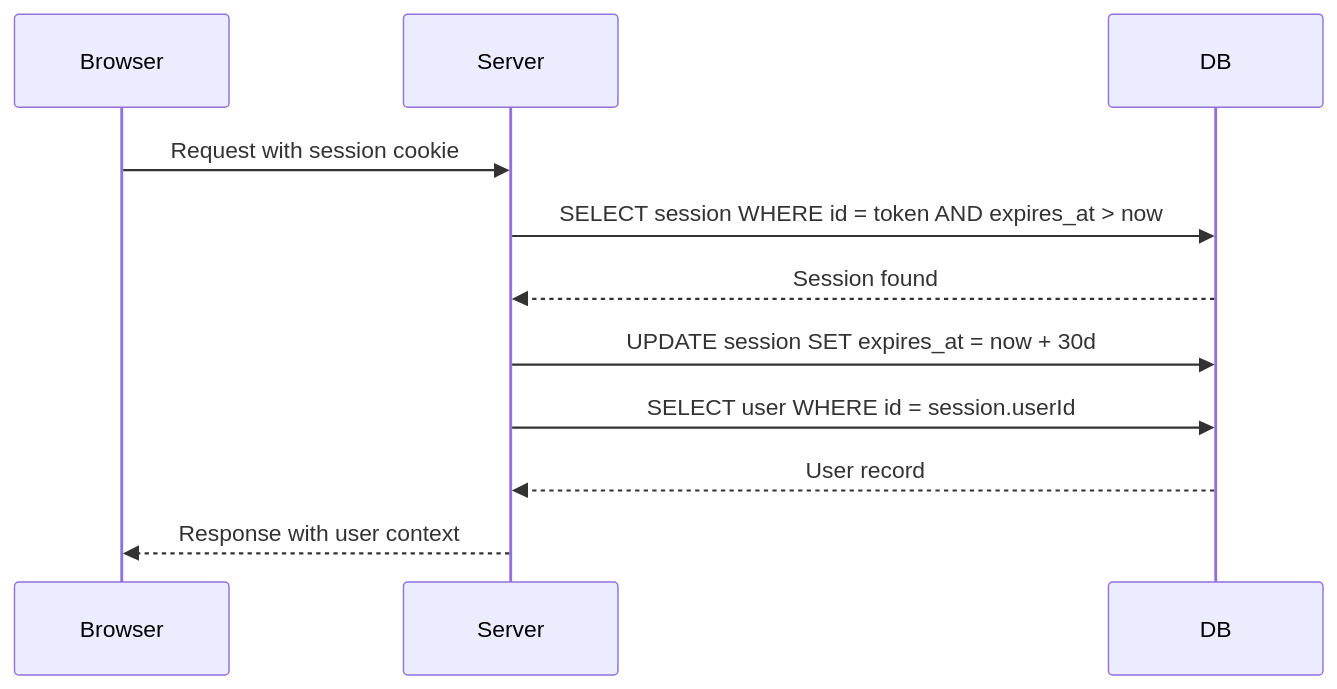
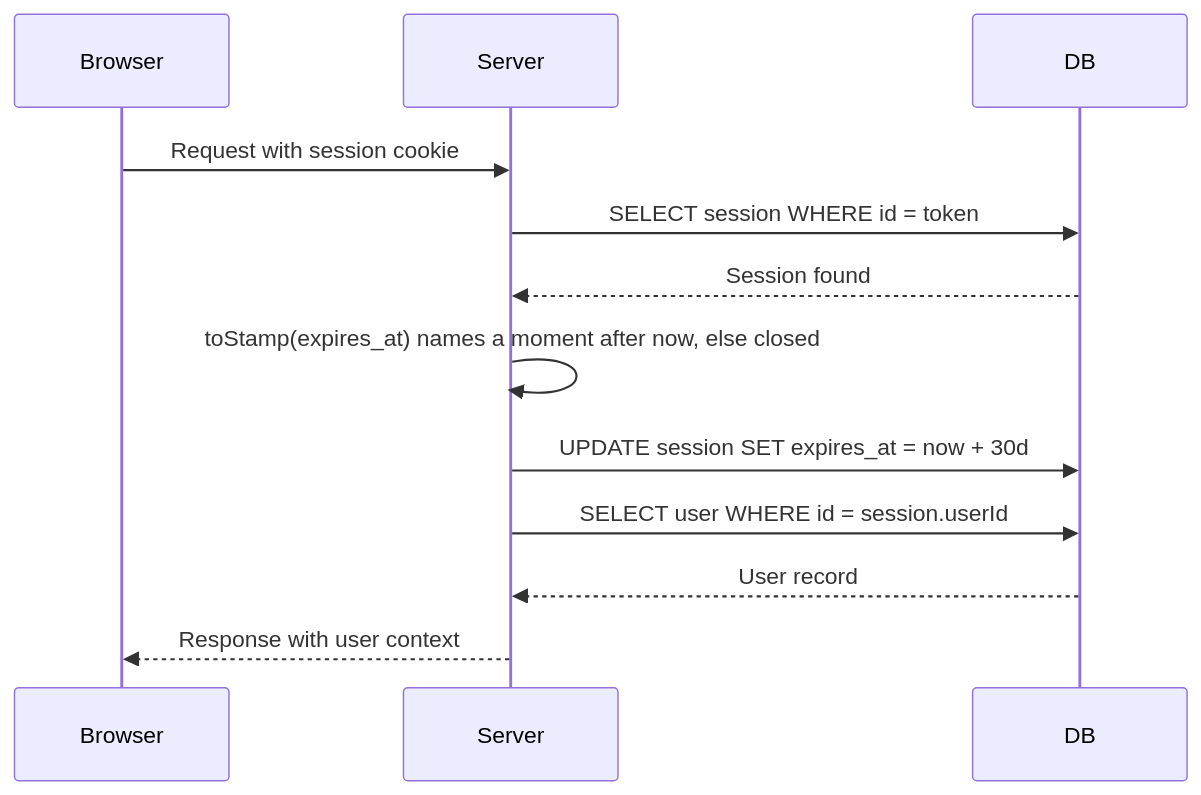
Before and after one commit to gitBoon/DumpFire: the fourth of 24 diagrams in docs/authentication-security.md, drawn with Mermaid. The commit also changed other lines of this file and 140 other files, not shown here.

````diff
--- a/docs/authentication-security.md
+++ b/docs/authentication-security.md
@@ -279,14 +279,15 @@
 ```mermaid
 sequenceDiagram
     participant Browser
     participant Server
     participant DB
 
     Browser->>Server: Request with session cookie
-    Server->>DB: SELECT session WHERE id = token AND expires_at > now
+    Server->>DB: SELECT session WHERE id = token
     DB-->>Server: Session found
+    Server->>Server: toStamp(expires_at) names a moment after now, else closed
     Server->>DB: UPDATE session SET expires_at = now + 30d
     Server->>DB: SELECT user WHERE id = session.userId
     DB-->>Server: User record
     Server-->>Browser: Response with user context
 ```
````
